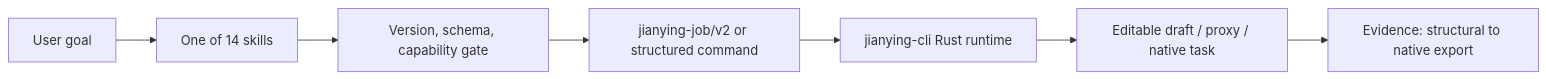
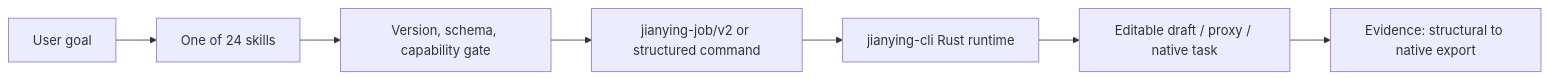
The diagram in README.md (full-aigc-skills/jianying-skills), drawn with Mermaid before and after one commit. The commit also changed other lines of this file and 71 other files, not shown here.

````diff
--- a/README.md
+++ b/README.md
@@ -23,9 +23,9 @@
 ```mermaid
 flowchart LR
-    U[User goal] --> S[One of 14 skills]
+    U[User goal] --> S[One of 24 skills]
     S --> G[Version, schema, capability gate]
     G --> J[jianying-job/v2 or structured command]
     J --> R[jianying-cli Rust runtime]
     R --> D[Editable draft / proxy / native task]
     D --> E[Evidence: structural to native export]
 ```
````
